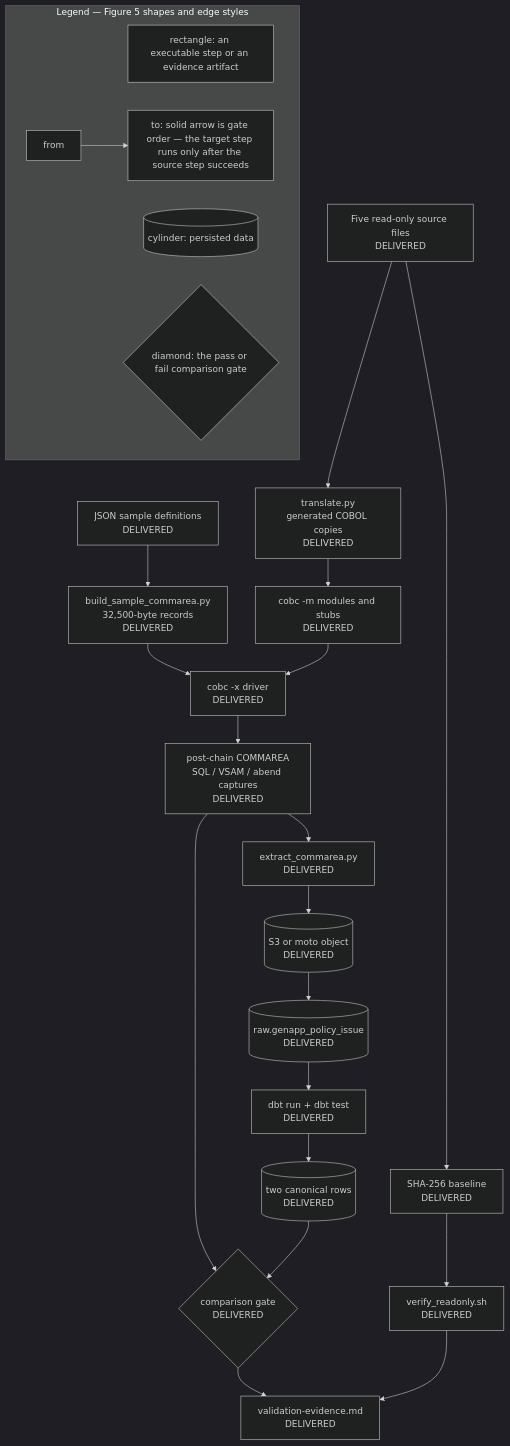
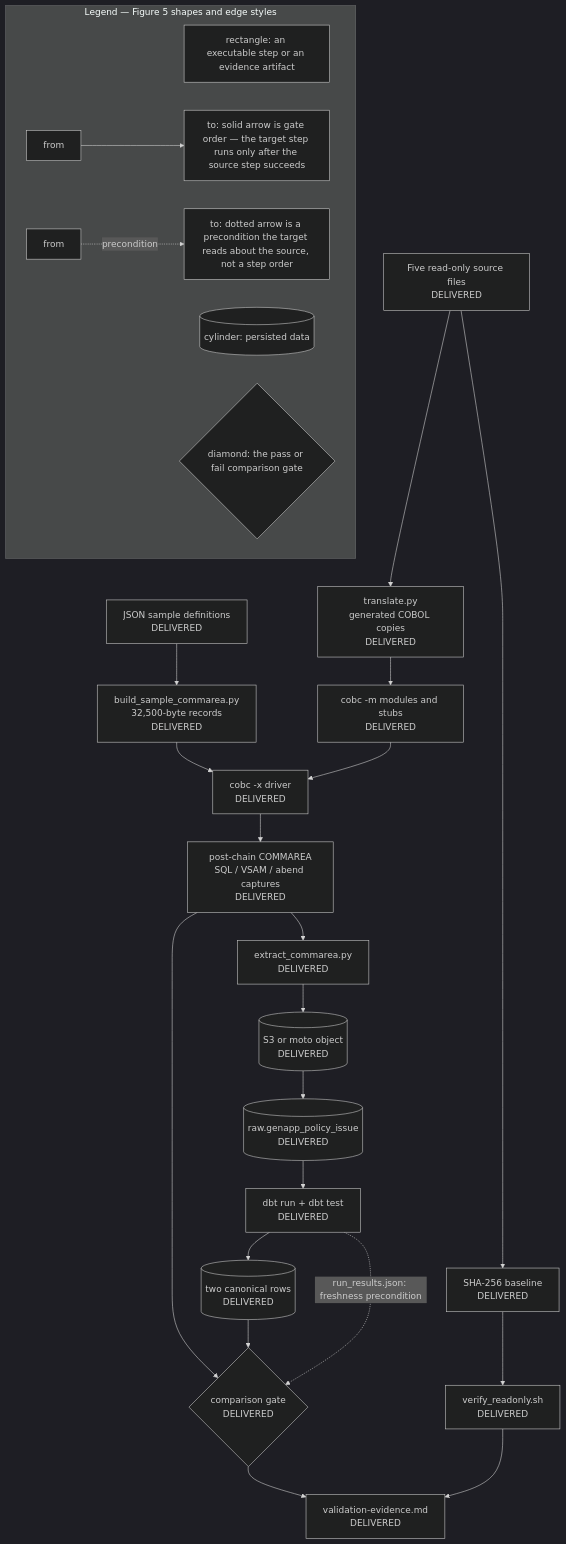
Before and after one commit to blitzy-public-samples/cics-genapp-cobrix: the fifth of 5 diagrams in modernization/docs/architecture.md, drawn with Mermaid (dark theme). The commit also changed other lines of this file and 53 other files, not shown here.

````diff
--- a/modernization/docs/architecture.md
+++ b/modernization/docs/architecture.md
@@ -445,37 +448,39 @@
 ```mermaid
 flowchart TD
     SRC["Five read-only source files<br/>DELIVERED"]
     BASE["SHA-256 baseline<br/>DELIVERED"]
     SAMPLE["JSON sample definitions<br/>DELIVERED"]
     BUILD["build_sample_commarea.py<br/>32,500-byte records<br/>DELIVERED"]
     TRANS["translate.py<br/>generated COBOL copies<br/>DELIVERED"]
     MODS["cobc -m modules and stubs<br/>DELIVERED"]
     DRIVER["cobc -x driver<br/>DELIVERED"]
     CAP["post-chain COMMAREA<br/>SQL / VSAM / abend captures<br/>DELIVERED"]
     EXT["extract_commarea.py<br/>DELIVERED"]
     S3O[("S3 or moto object<br/>DELIVERED")]
     RAWR[("raw.genapp_policy_issue<br/>DELIVERED")]
     DBTRUN["dbt run + dbt test<br/>DELIVERED"]
     CANON[("two canonical rows<br/>DELIVERED")]
     DIFFG{"comparison gate<br/>DELIVERED"}
     EVID["validation-evidence.md<br/>DELIVERED"]
     RO["verify_readonly.sh<br/>DELIVERED"]
 
     SRC --> BASE
     SAMPLE --> BUILD --> DRIVER
     SRC --> TRANS --> MODS --> DRIVER
     DRIVER --> CAP
     CAP --> EXT --> S3O --> RAWR --> DBTRUN --> CANON
     CAP --> DIFFG
     CANON --> DIFFG
+    DBTRUN -. "run_results.json: freshness precondition" .-> DIFFG
     DIFFG --> EVID
     BASE --> RO --> EVID
 
     subgraph LEGEND5["Legend — Figure 5 shapes and edge styles"]
         direction LR
         L5A["rectangle: an executable step or an evidence artifact"]
         L5B[("cylinder: persisted data")]
         L5C{"diamond: the pass or fail comparison gate"}
         L5D["from"] --> L5E["to: solid arrow is gate order — the target step runs only after the source step succeeds"]
+        L5F["from"] -. "precondition" .-> L5G["to: dotted arrow is a precondition the target reads about the source, not a step order"]
     end
 ```
````
